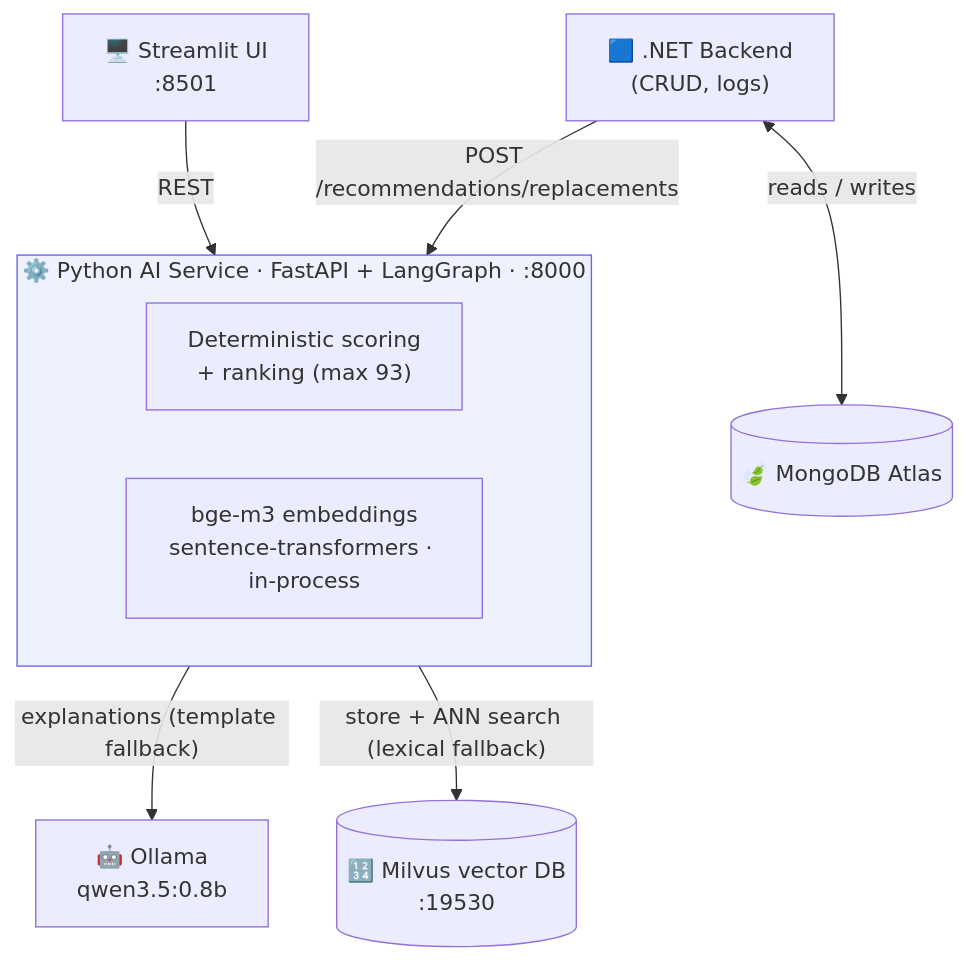
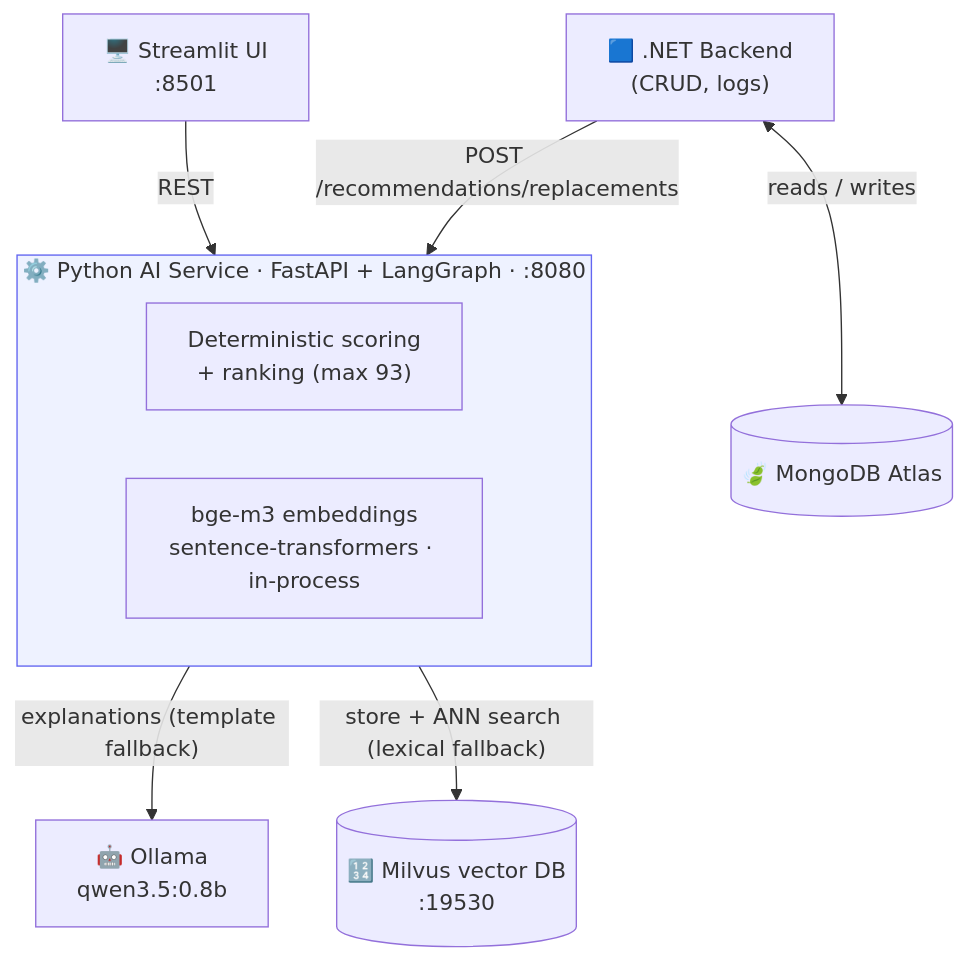
One commit to yoganr/smart-substitution-engine changed the first of 2 diagrams in README.md. Above: the diagram before and after it, drawn with Mermaid. The commit also changed other lines of this file and 19 other files, not shown here.

````diff
--- a/README.md
+++ b/README.md
@@ -25,23 +25,23 @@
 ```mermaid
 flowchart TB
     UI["🖥️ Streamlit UI<br/>:8501"]
     NET["🟦 .NET Backend<br/>(CRUD, logs)"]
     DB[("🍃 MongoDB Atlas")]
 
-    subgraph AI["⚙️ Python AI Service · FastAPI + LangGraph · :8000"]
+    subgraph AI["⚙️ Python AI Service · FastAPI + LangGraph · :8080"]
         SCORE["Deterministic scoring<br/>+ ranking (max 93)"]
         EMB["bge-m3 embeddings<br/>sentence-transformers · in-process"]
     end
 
     OL["🤖 Ollama<br/>qwen3.5:0.8b"]
     MV[("🔢 Milvus vector DB<br/>:19530")]
 
     UI -->|REST| AI
     NET -->|"POST /recommendations/replacements"| AI
     NET <-->|"reads / writes"| DB
     AI -->|"explanations (template fallback)"| OL
     AI -->|"store + ANN search (lexical fallback)"| MV
 
     classDef svc fill:#eef2ff,stroke:#6366f1;
     class AI svc;
 ```
````
